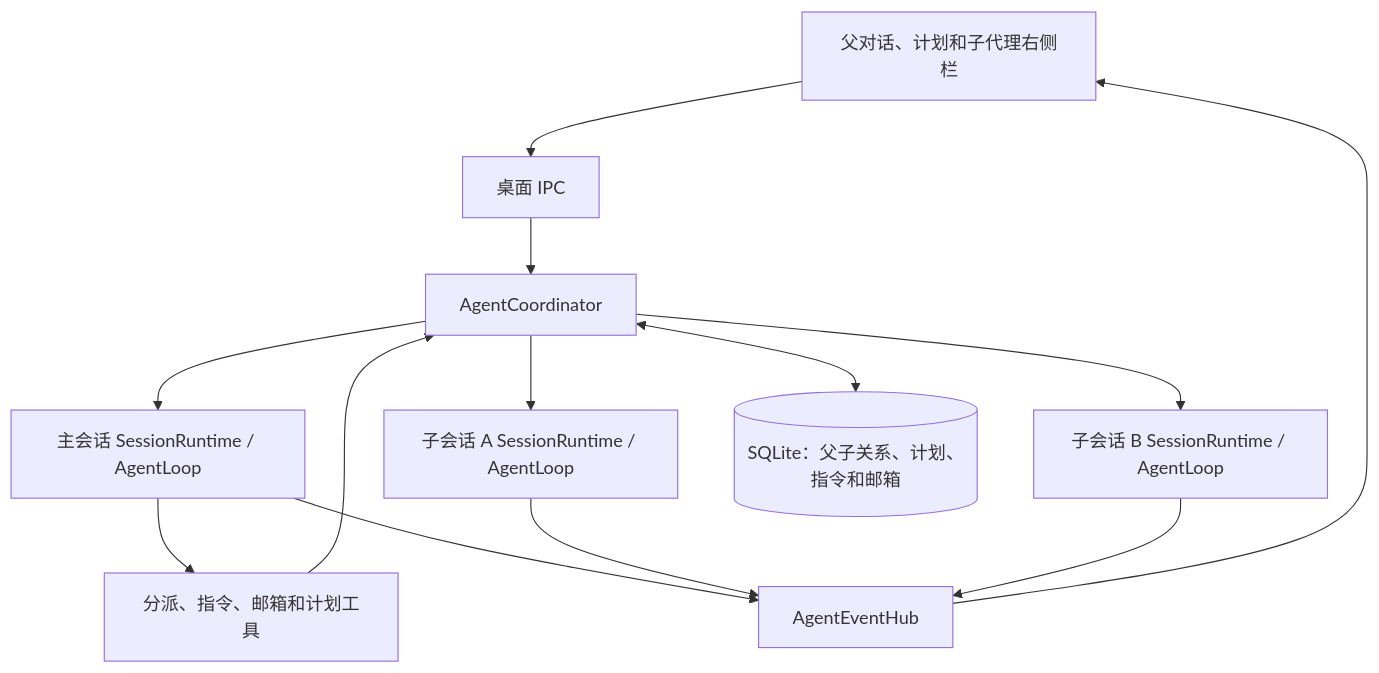
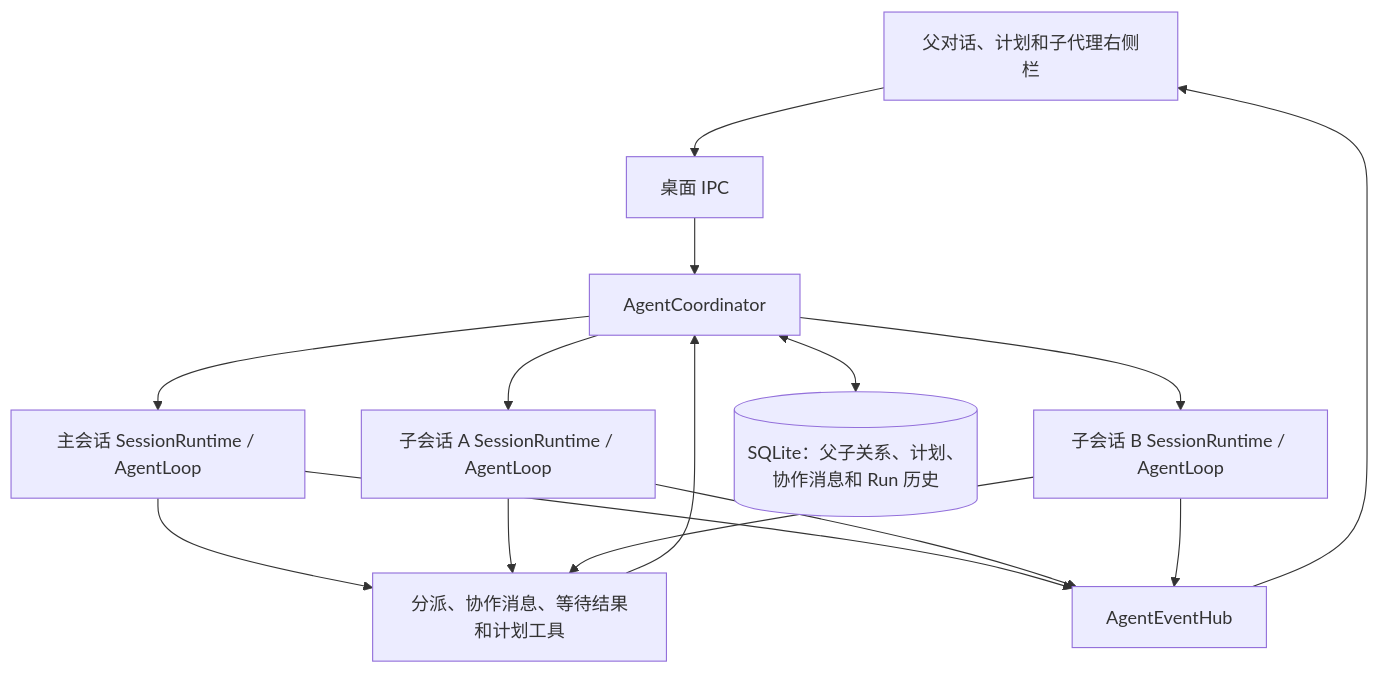
Before and after one commit to 1742/Actl: the diagram in docs/modules/multi-agent.md, drawn with Mermaid. The commit also changed other lines of this file and 37 other files, not shown here.

````diff
--- a/docs/modules/multi-agent.md
+++ b/docs/modules/multi-agent.md
@@ -5,15 +5,17 @@
 ```mermaid
 flowchart TD
   UI[父对话、计划和子代理右侧栏] --> IPC[桌面 IPC]
   IPC --> C[AgentCoordinator]
   C --> R[主会话 SessionRuntime / AgentLoop]
   C --> A[子会话 A SessionRuntime / AgentLoop]
   C --> B[子会话 B SessionRuntime / AgentLoop]
-  R --> T[分派、指令、邮箱和计划工具]
+  R --> T[分派、协作消息、等待结果和计划工具]
+  A --> T
+  B --> T
   T --> C
-  C <--> DB[(SQLite：父子关系、计划、指令和邮箱)]
+  C <--> DB[(SQLite：父子关系、计划、协作消息和 Run 历史)]
   R --> H[AgentEventHub]
   A --> H
   B --> H
   H --> UI
 ```
````
